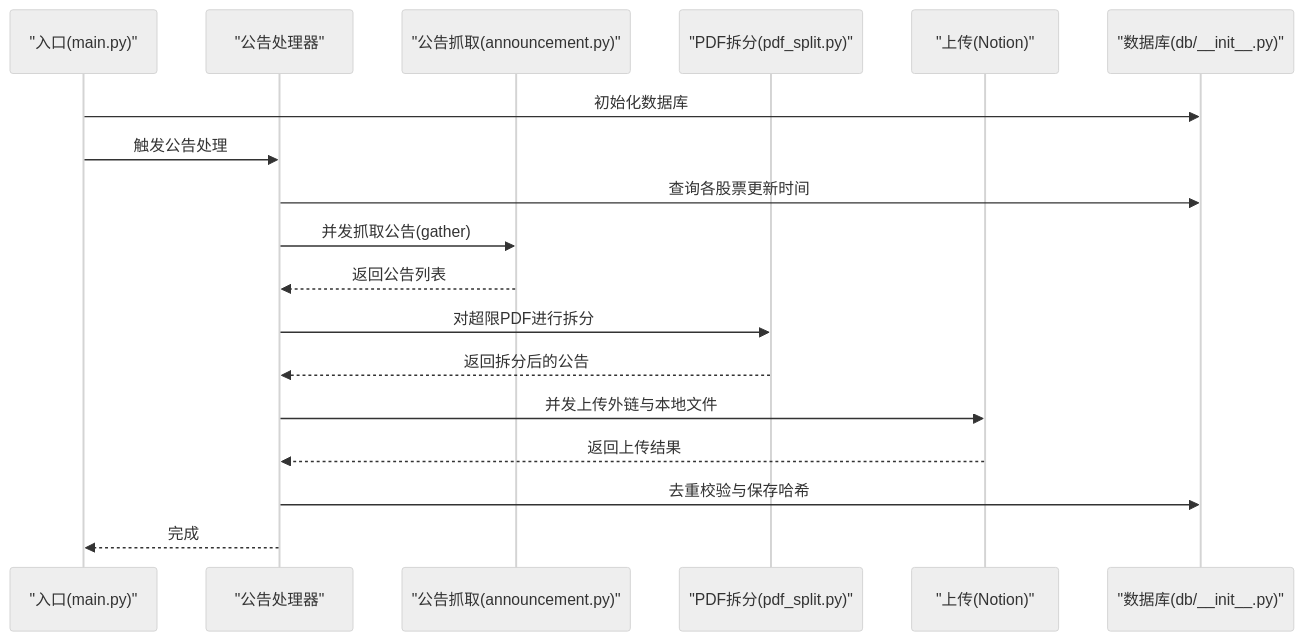
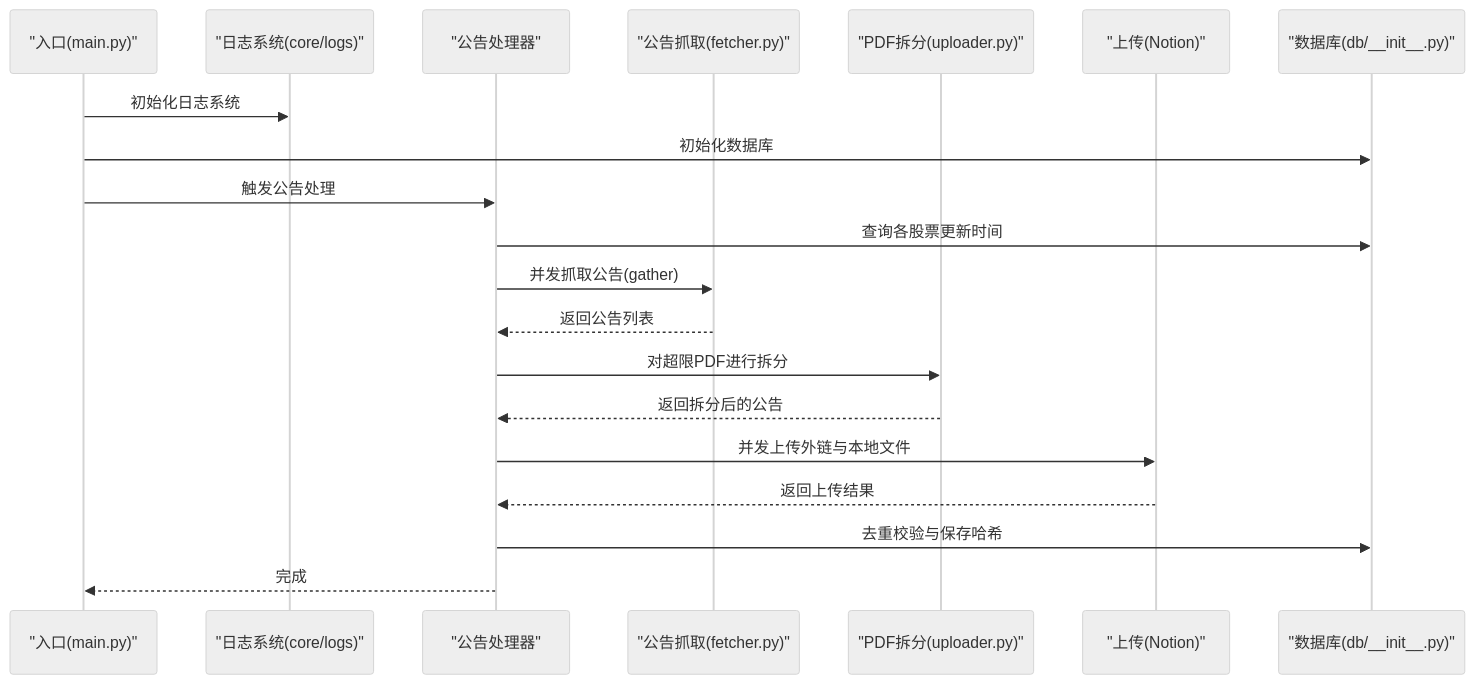
Before and after one commit to iverwong/DataLife: the second of 8 diagrams in .qoder/repowiki/zh/content/故障排除指南/日志分析与调试.md, drawn with Mermaid (neutral theme). The commit also changed other lines of this file and 14 other files, not shown here.

````diff
--- a/.qoder/repowiki/zh/content/故障排除指南/日志分析与调试.md
+++ b/.qoder/repowiki/zh/content/故障排除指南/日志分析与调试.md
@@ -98,20 +90,22 @@
 ```mermaid
 sequenceDiagram
 participant Entrypoint as "入口(main.py)"
+participant Logger as "日志系统(core/logs)"
 participant Handler as "公告处理器"
-participant Fetch as "公告抓取(announcement.py)"
-participant Split as "PDF拆分(pdf_split.py)"
+participant Fetch as "公告抓取(fetcher.py)"
+participant Split as "PDF拆分(uploader.py)"
 participant Upload as "上传(Notion)"
 participant DB as "数据库(db/__init__.py)"
+Entrypoint->>Logger : 初始化日志系统
 Entrypoint->>DB : 初始化数据库
 Entrypoint->>Handler : 触发公告处理
 Handler->>DB : 查询各股票更新时间
 Handler->>Fetch : 并发抓取公告(gather)
 Fetch-->>Handler : 返回公告列表
 Handler->>Split : 对超限PDF进行拆分
 Split-->>Handler : 返回拆分后的公告
 Handler->>Upload : 并发上传外链与本地文件
 Upload-->>Handler : 返回上传结果
 Handler->>DB : 去重校验与保存哈希
 Handler-->>Entrypoint : 完成
 ```
````
